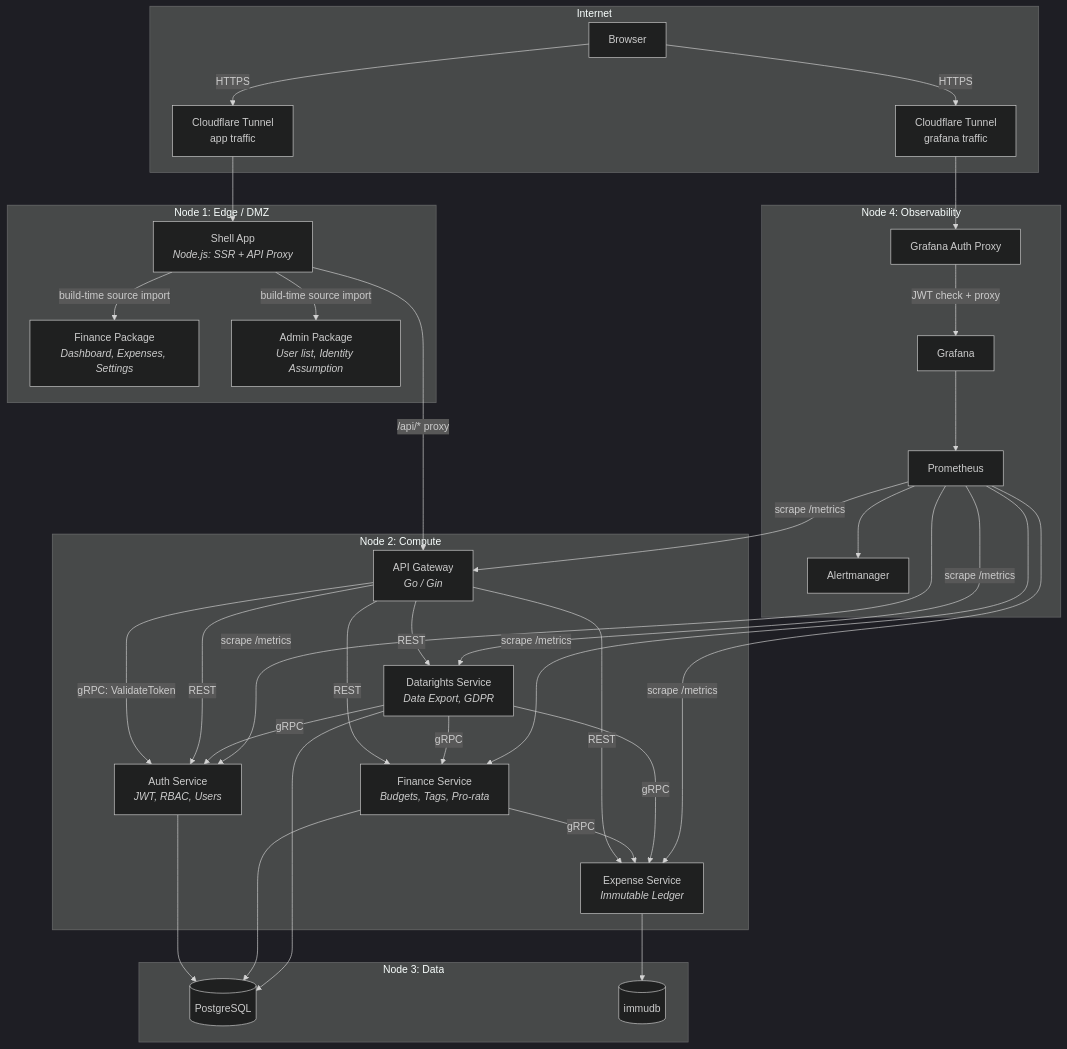
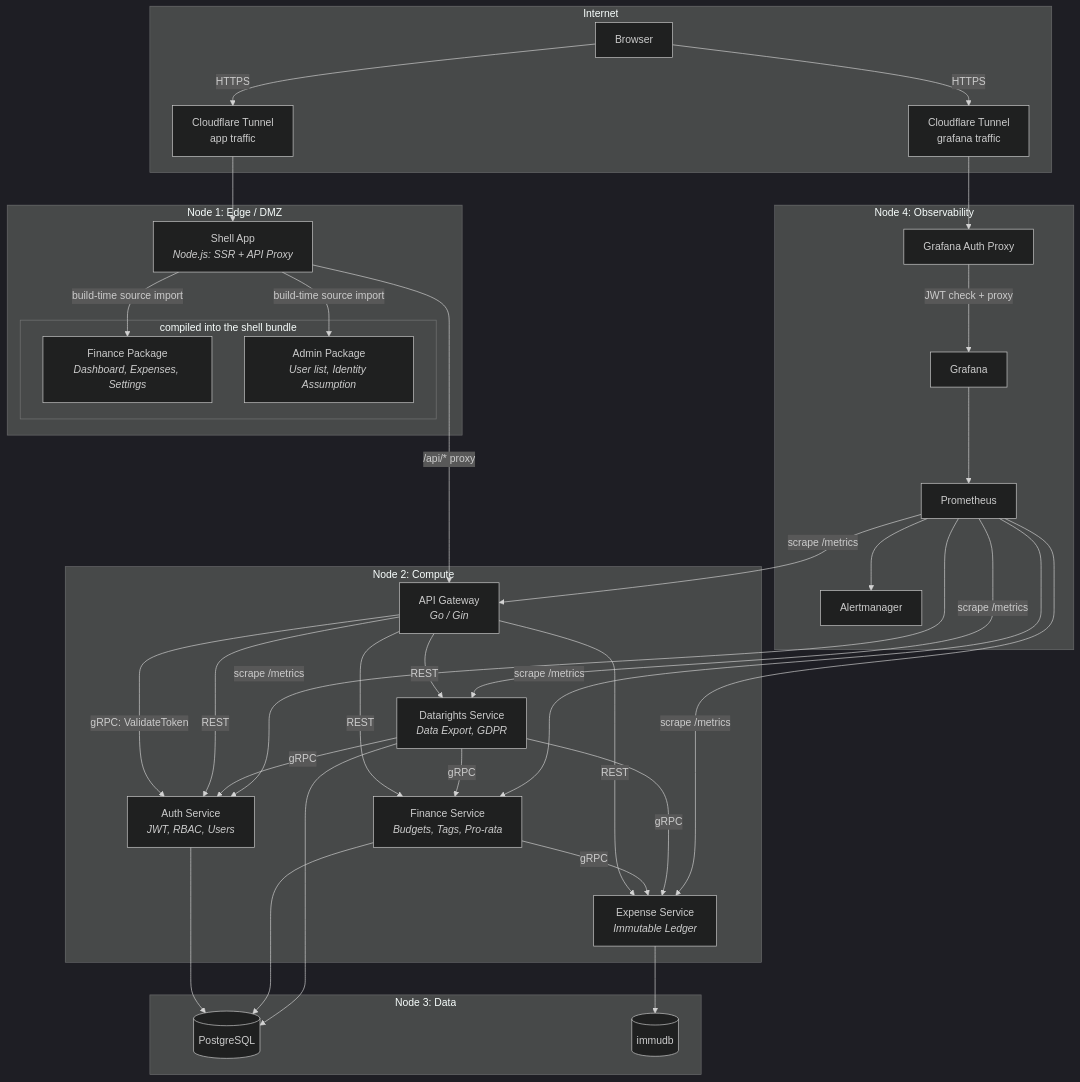
The diagram in README.md (ItsThompson/gofin), drawn with Mermaid (dark theme) before and after one commit. The commit also changed 12 other files, not shown here.

````diff
--- a/README.md
+++ b/README.md
@@ -44,65 +44,67 @@
 ```mermaid
 graph TB
     subgraph Internet
         Browser[Browser]
         CFApp[Cloudflare Tunnel<br/>app traffic]
         CFGraf[Cloudflare Tunnel<br/>grafana traffic]
     end
 
     subgraph Node1[Node 1: Edge / DMZ]
         Shell[Shell App<br/><i>Node.js: SSR + API Proxy</i>]
-        FinPkg[Finance Package<br/><i>Dashboard, Expenses, Settings</i>]
-        AdminPkg[Admin Package<br/><i>User list, Identity Assumption</i>]
+        subgraph Bundled[compiled into the shell bundle]
+            FinPkg[Finance Package<br/><i>Dashboard, Expenses, Settings</i>]
+            AdminPkg[Admin Package<br/><i>User list, Identity Assumption</i>]
+        end
     end
 
     subgraph Node2[Node 2: Compute]
         GW[API Gateway<br/><i>Go / Gin</i>]
         Auth[Auth Service<br/><i>JWT, RBAC, Users</i>]
         Expense[Expense Service<br/><i>Immutable Ledger</i>]
         Finance[Finance Service<br/><i>Budgets, Tags, Pro-rata</i>]
         DR[Datarights Service<br/><i>Data Export, GDPR</i>]
     end
 
     subgraph Node3[Node 3: Data]
         PG[(PostgreSQL)]
         Immudb[(immudb)]
     end
 
     subgraph Node4[Node 4: Observability]
         AuthProxy[Grafana Auth Proxy]
         Grafana[Grafana]
         Prom[Prometheus]
         Alert[Alertmanager]
     end
 
     Browser -->|HTTPS| CFApp --> Shell
     Browser -->|HTTPS| CFGraf --> AuthProxy
 
     Shell -->|build-time source import| FinPkg
     Shell -->|build-time source import| AdminPkg
     Shell -->|/api/* proxy| GW
 
     GW -->|gRPC: ValidateToken| Auth
     GW -->|REST| Auth
     GW -->|REST| Expense
     GW -->|REST| Finance
     GW -->|REST| DR
     Finance -->|gRPC| Expense
     DR -->|gRPC| Auth
     DR -->|gRPC| Expense
     DR -->|gRPC| Finance
 
     Auth --> PG
     Finance --> PG
     DR --> PG
     Expense --> Immudb
 
     AuthProxy -->|JWT check + proxy| Grafana
     Prom -->|scrape /metrics| GW
     Prom -->|scrape /metrics| Auth
     Prom -->|scrape /metrics| Expense
     Prom -->|scrape /metrics| Finance
     Prom -->|scrape /metrics| DR
     Prom --> Alert
     Grafana --> Prom
 ```
````
